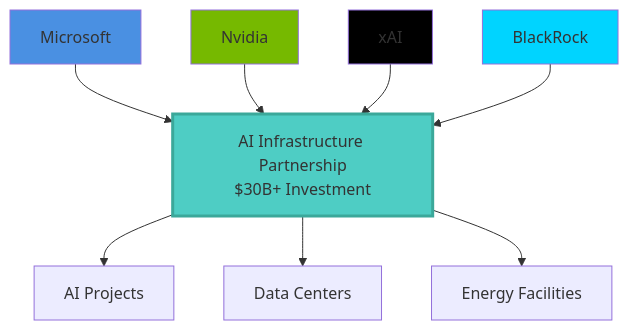
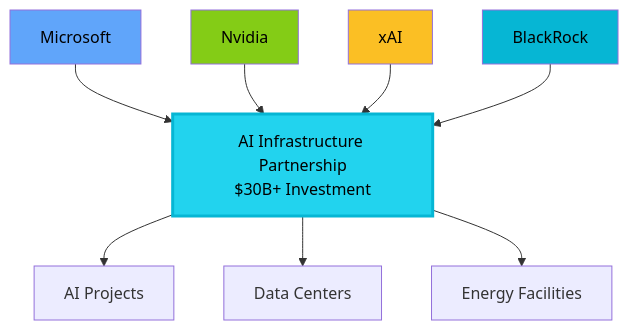
One commit to hildermesmedeiros/magic-contability changed the seventh of 10 diagrams in INVESTMENTS.md. Above: the diagram before and after it, drawn with Mermaid. The commit also changed other lines of this file, not shown here.

````diff
--- a/INVESTMENTS.md
+++ b/INVESTMENTS.md
@@ -252,18 +252,18 @@
 ```mermaid
 graph TD
     Partnership[AI Infrastructure Partnership<br/>$30B+ Investment]
     Microsoft --> Partnership
     Nvidia --> Partnership
     xAI --> Partnership
     BlackRock --> Partnership
     
     Partnership --> Projects[AI Projects]
     Partnership --> DataCenters[Data Centers]
     Partnership --> Energy[Energy Facilities]
     
-    style Partnership fill:#4ecdc4,stroke:#3ba89a,stroke-width:3px
-    style Microsoft fill:#4a90e2
-    style Nvidia fill:#76b900
-    style xAI fill:#000000
-    style BlackRock fill:#00d4ff
+    style Partnership fill:#22d3ee,stroke:#06b6d4,stroke-width:3px,color:#000
+    style Microsoft fill:#60a5fa,color:#000
+    style Nvidia fill:#84cc16,color:#000
+    style xAI fill:#fbbf24,color:#000
+    style BlackRock fill:#06b6d4,color:#000
 ```
````
